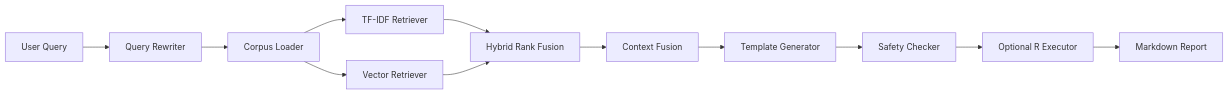
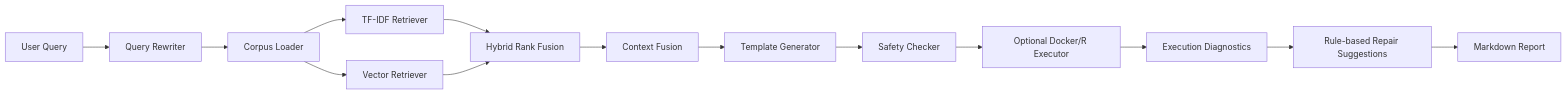
The diagram in README.md (Roboute-ex/RStats-Agent-RAG), drawn with Mermaid before and after one commit. The commit also changed other lines of this file and 18 other files, not shown here.

Commit message:
Release v0.4 execution diagnostics and repair loop

````diff
--- a/README.md
+++ b/README.md
@@ -21,14 +17,16 @@
 ```mermaid
 flowchart LR
   Q["User Query"] --> QR["Query Rewriter"]
   QR --> CL["Corpus Loader"]
   CL --> TF["TF-IDF Retriever"]
   CL --> VE["Vector Retriever"]
   TF --> HF["Hybrid Rank Fusion"]
   VE --> HF
   HF --> CF["Context Fusion"]
   CF --> TG["Template Generator"]
   TG --> SC["Safety Checker"]
-  SC --> EX["Optional R Executor"]
-  EX --> RP["Markdown Report"]
+  SC --> EX["Optional Docker/R Executor"]
+  EX --> DG["Execution Diagnostics"]
+  DG --> RP["Rule-based Repair Suggestions"]
+  RP --> MD["Markdown Report"]
 ```
````
